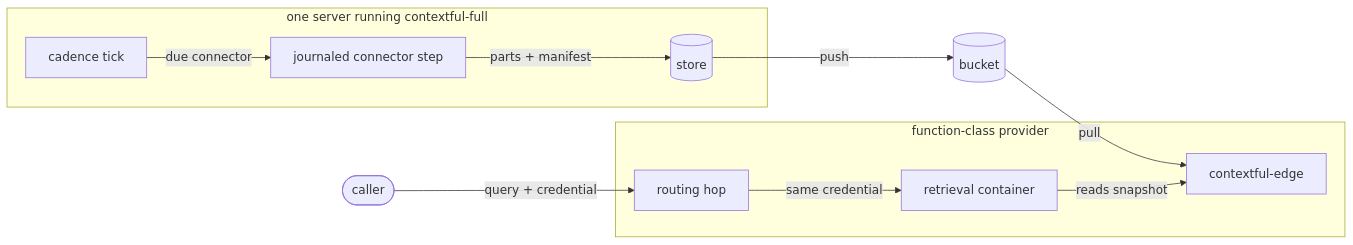
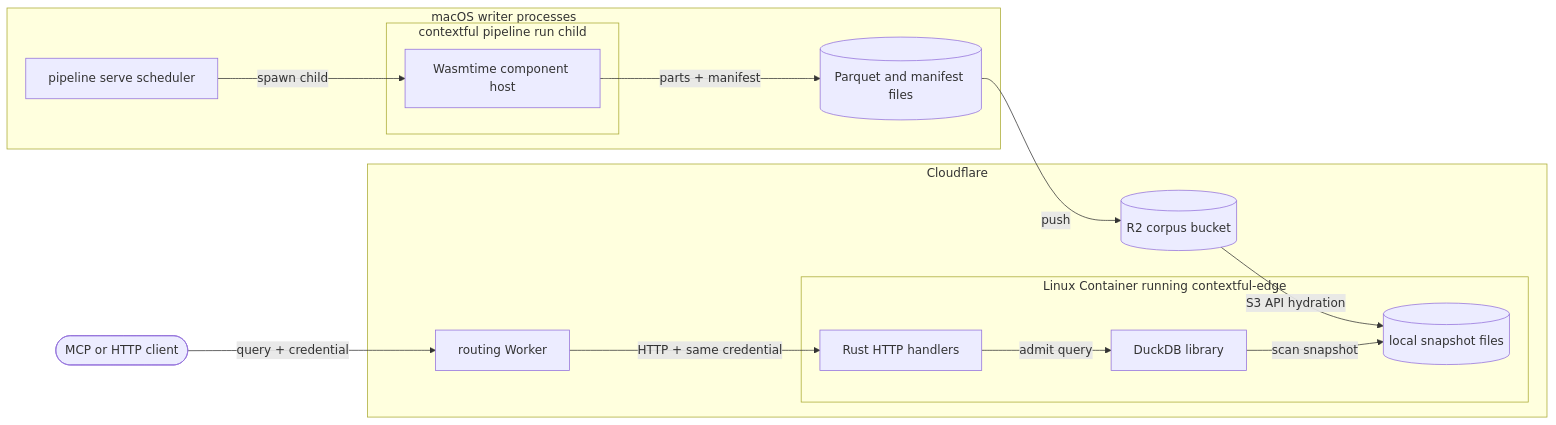
One commit to fractalboxdev/contextful changed the diagram in spec/guide/topology.md. Above: the diagram before and after it, drawn with Mermaid. The commit also changed other lines of this file and 16 other files, not shown here.

Commit message:
docs(topology): map native processes and Cloudflare runtimes

````diff
--- a/spec/guide/topology.md
+++ b/spec/guide/topology.md
@@ -29,24 +31,28 @@
 ```mermaid
 flowchart LR
-  CALLER(["caller"])
-  BUCKET[("bucket")]
-
-  subgraph SERVER["one server running contextful-full"]
-    TICK["cadence tick"]
-    STEP["journaled connector step"]
-    STORE[("store")]
+  CALLER(["MCP or HTTP client"]):::muted
+  subgraph SERVER["macOS writer processes"]
+    TICK["pipeline serve scheduler"]:::accent
+    subgraph CHILD["contextful pipeline run child"]
+      STEP["Wasmtime component host"]:::accent
+    end
+    STORE[("Parquet and manifest files")]:::store
   end
-
-  subgraph PROV["function-class provider"]
-    HOP["routing hop"]
-    RET["retrieval container"]
-    EDGE["contextful-edge"]
+  subgraph PROV["Cloudflare"]
+    HOP["routing Worker"]:::accent
+    BUCKET[("R2 corpus bucket")]:::store
+    subgraph RET["Linux Container running contextful-edge"]
+      FACE["Rust HTTP handlers"]:::accent
+      SQL["DuckDB library"]:::accent
+      COPY[("local snapshot files")]:::store
+    end
   end
-
-  TICK -- "due connector" --> STEP
+  TICK -- "spawn child" --> STEP
   STEP -- "parts + manifest" --> STORE
   STORE -- "push" --> BUCKET
-  BUCKET -- "pull" --> EDGE
-  CALLER -- "query + credential" --> HOP -- "same credential" --> RET
-  RET -- "reads snapshot" --> EDGE
+  BUCKET -- "S3 API hydration" --> COPY
+  CALLER -- "query + credential" --> HOP
+  HOP -- "HTTP + same credential" --> FACE
+  FACE -- "admit query" --> SQL
+  SQL -- "scan snapshot" --> COPY
 ```
````
